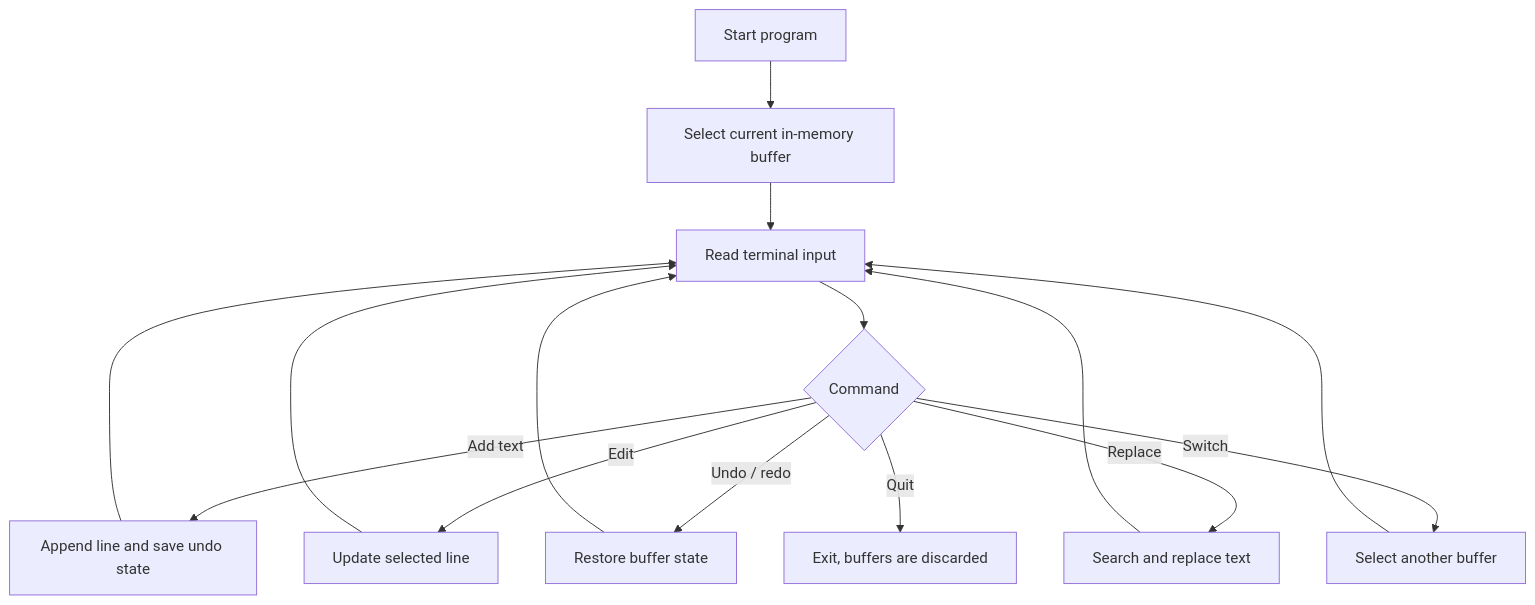
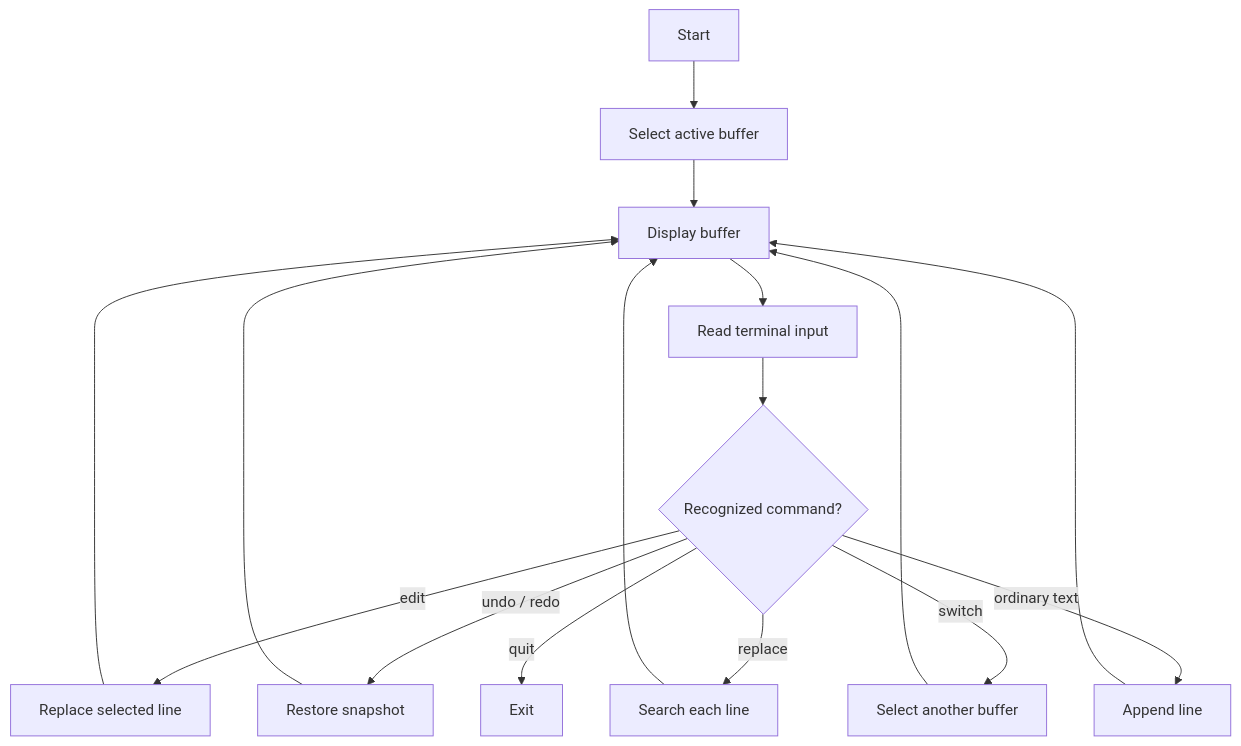
One commit to Brajesh31/Text-Editor-C- changed the diagram in README.md. Above: the diagram before and after it, drawn with Mermaid. The commit also changed other lines of this file and 21 other files, not shown here.

````diff
--- a/README.md
+++ b/README.md
@@ -74,17 +136,18 @@
 ```mermaid
 flowchart TD
-    A[Start program] --> B[Select current in-memory buffer]
-    B --> C[Read terminal input]
-    C --> D{Command}
-    D -->|Add text| E[Append line and save undo state]
-    D -->|Edit| F[Update selected line]
-    D -->|Undo / redo| G[Restore buffer state]
-    D -->|Replace| H[Search and replace text]
-    D -->|Switch| I[Select another buffer]
-    E --> C
+    A[Start] --> B[Select active buffer]
+    B --> C[Display buffer]
+    C --> D[Read terminal input]
+    D --> E{Recognized command?}
+    E -->|edit| F[Replace selected line]
+    E -->|undo / redo| G[Restore snapshot]
+    E -->|replace| H[Search each line]
+    E -->|switch| I[Select another buffer]
+    E -->|quit| J[Exit]
+    E -->|ordinary text| K[Append line]
     F --> C
     G --> C
     H --> C
     I --> C
-    D -->|Quit| J[Exit, buffers are discarded]
+    K --> C
 ```
````
